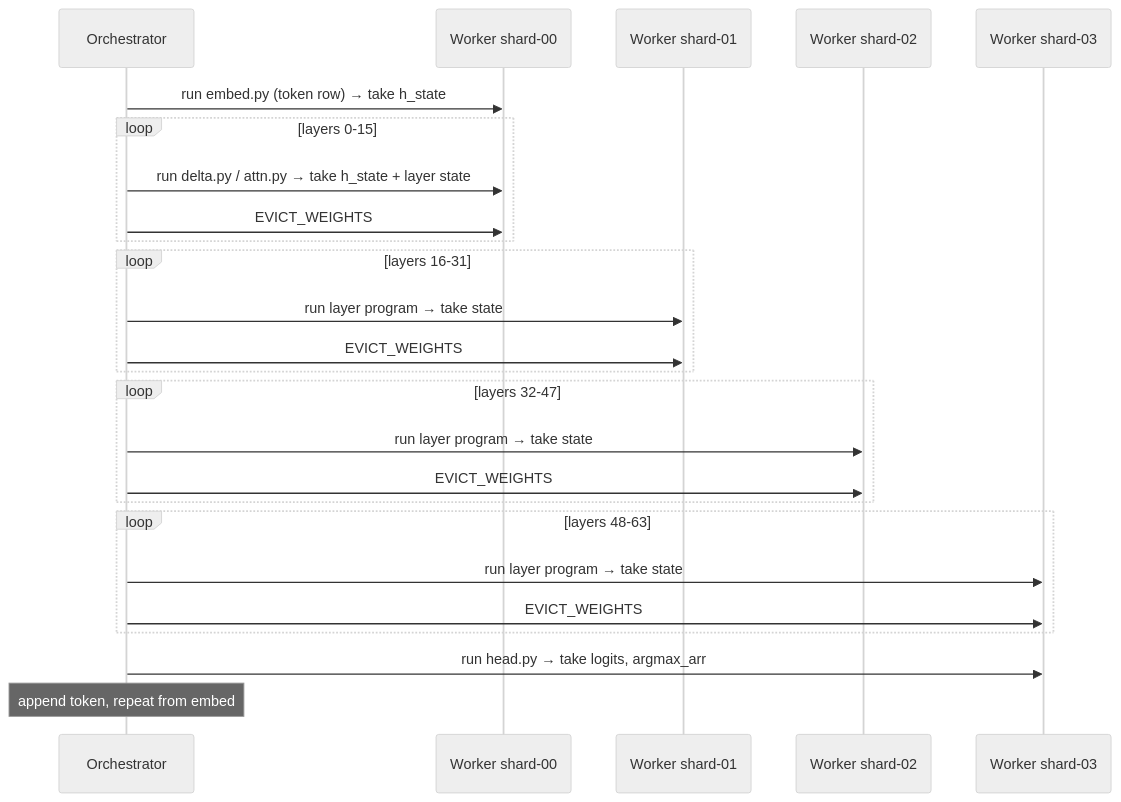
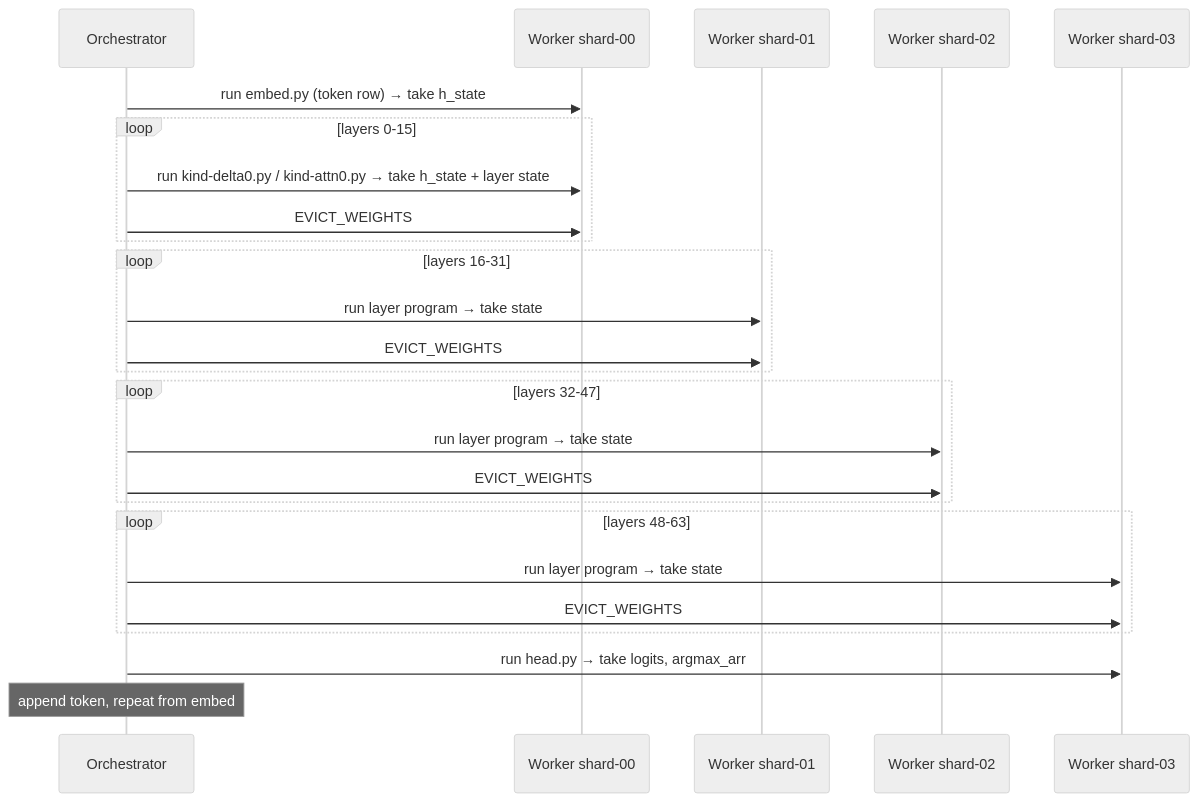
The third of 4 diagrams in sharded-llm/QWEN35_GGUF.md (pranavsaxena-ramanujan/Ramanujan), drawn with Mermaid (neutral theme) before and after one commit. The commit also changed other lines of this file and 18 other files, not shown here.

First line of the commit message:
Make the GGUF to Ramanujan IR translator architecture-generic

````diff
--- a/sharded-llm/QWEN35_GGUF.md
+++ b/sharded-llm/QWEN35_GGUF.md
@@ -190,27 +199,27 @@
 ```mermaid
 sequenceDiagram
     participant O as Orchestrator
     participant W0 as Worker shard-00
     participant W1 as Worker shard-01
     participant W2 as Worker shard-02
     participant W3 as Worker shard-03
     O->>W0: run embed.py (token row) → take h_state
     loop layers 0-15
-        O->>W0: run delta.py / attn.py → take h_state + layer state
+        O->>W0: run kind-delta0.py / kind-attn0.py → take h_state + layer state
         O->>W0: EVICT_WEIGHTS
     end
     loop layers 16-31
         O->>W1: run layer program → take state
         O->>W1: EVICT_WEIGHTS
     end
     loop layers 32-47
         O->>W2: run layer program → take state
         O->>W2: EVICT_WEIGHTS
     end
     loop layers 48-63
         O->>W3: run layer program → take state
         O->>W3: EVICT_WEIGHTS
     end
     O->>W3: run head.py → take logits, argmax_arr
     Note over O: append token, repeat from embed
 ```
````
